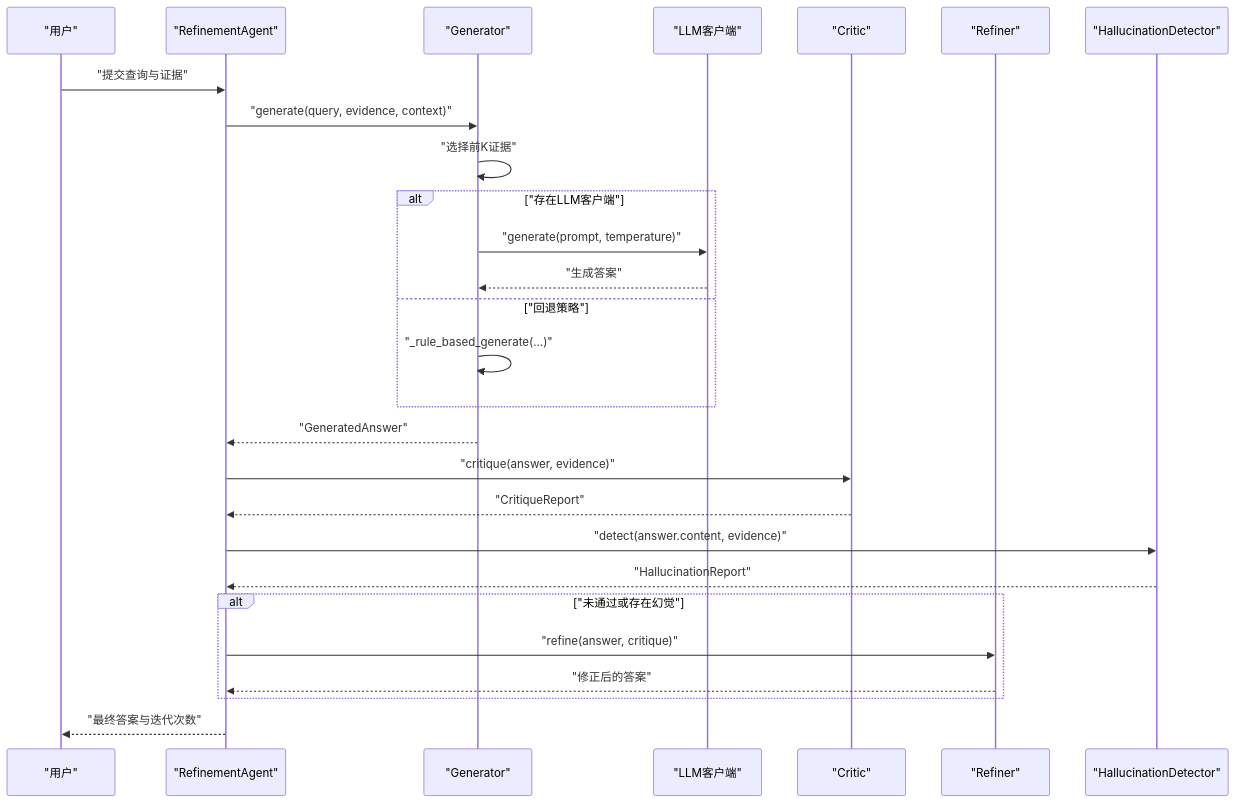
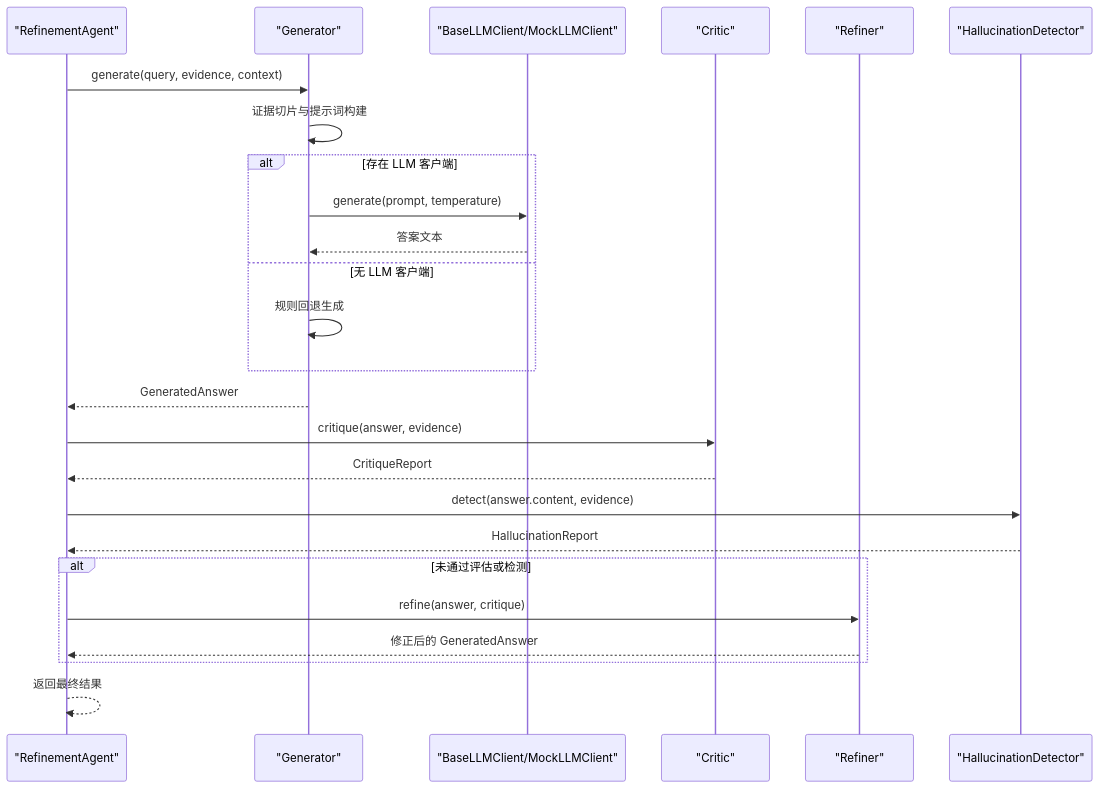
One commit to JieGaoPrinceton/NecoRAG changed the second of 6 diagrams in .qoder/repowiki/zh/content/巩固层模块/生成器组件.md. Above: the diagram before and after it, drawn with Mermaid. The commit also changed other lines of this file and 181 other files, not shown here.

````diff
--- a/.qoder/repowiki/zh/content/巩固层模块/生成器组件.md
+++ b/.qoder/repowiki/zh/content/巩固层模块/生成器组件.md
@@ -86,29 +98,27 @@
 ```mermaid
 sequenceDiagram
-participant U as "用户"
 participant Agent as "RefinementAgent"
 participant Gen as "Generator"
-participant LLM as "LLM客户端"
+participant LLM as "BaseLLMClient/MockLLMClient"
 participant Critic as "Critic"
 participant Refiner as "Refiner"
 participant Hallu as "HallucinationDetector"
-U->>Agent : "提交查询与证据"
-Agent->>Gen : "generate(query, evidence, context)"
-Gen->>Gen : "选择前K证据"
-alt "存在LLM客户端"
-Gen->>LLM : "generate(prompt, temperature)"
-LLM-->>Gen : "生成答案"
-else "回退策略"
-Gen->>Gen : "_rule_based_generate(...)"
+Agent->>Gen : generate(query, evidence, context)
+Gen->>Gen : 证据切片与提示词构建
+alt 存在 LLM 客户端
+Gen->>LLM : generate(prompt, temperature)
+LLM-->>Gen : 答案文本
+else 无 LLM 客户端
+Gen->>Gen : 规则回退生成
 end
-Gen-->>Agent : "GeneratedAnswer"
-Agent->>Critic : "critique(answer, evidence)"
-Critic-->>Agent : "CritiqueReport"
-Agent->>Hallu : "detect(answer.content, evidence)"
-Hallu-->>Agent : "HallucinationReport"
-alt "未通过或存在幻觉"
-Agent->>Refiner : "refine(answer, critique)"
-Refiner-->>Agent : "修正后的答案"
+Gen-->>Agent : GeneratedAnswer
+Agent->>Critic : critique(answer, evidence)
+Critic-->>Agent : CritiqueReport
+Agent->>Hallu : detect(answer.content, evidence)
+Hallu-->>Agent : HallucinationReport
+alt 未通过评估或检测
+Agent->>Refiner : refine(answer, critique)
+Refiner-->>Agent : 修正后的 GeneratedAnswer
 end
-Agent-->>U : "最终答案与迭代次数"
+Agent-->>Agent : 返回最终结果
 ```
````
